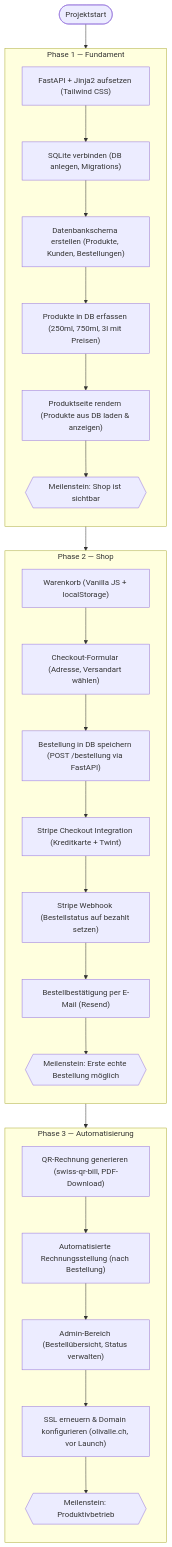
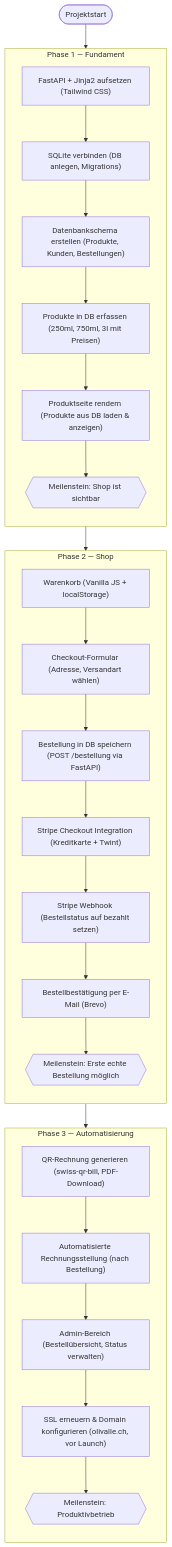
One commit to konstantinniedermann/olivalle-webshop changed the diagram in docs/roadmap.md. Above: the diagram before and after it, drawn with Mermaid. The commit also changed 10 other files, not shown here.

First line of the commit message:
docs: E-Mail-Provider-Entscheid Brevo statt Resend dokumentieren

````diff
--- a/docs/roadmap.md
+++ b/docs/roadmap.md
@@ -5,43 +5,43 @@
 ```mermaid
 graph TD
     START(["Projektstart"]) --> P1
 
     subgraph P1["Phase 1 — Fundament"]
         direction TB
         p1a["FastAPI + Jinja2 aufsetzen (Tailwind CSS)"]
         p1b["SQLite verbinden (DB anlegen, Migrations)"]
         p1c["Datenbankschema erstellen (Produkte, Kunden, Bestellungen)"]
         p1d["Produkte in DB erfassen (250ml, 750ml, 3l mit Preisen)"]
         p1e["Produktseite rendern (Produkte aus DB laden & anzeigen)"]
         M1{{"Meilenstein: Shop ist sichtbar"}}
 
         p1a --> p1b --> p1c --> p1d --> p1e --> M1
     end
 
     subgraph P2["Phase 2 — Shop"]
         direction TB
         p2a["Warenkorb (Vanilla JS + localStorage)"]
         p2b["Checkout-Formular (Adresse, Versandart wählen)"]
         p2c["Bestellung in DB speichern (POST /bestellung via FastAPI)"]
         p2d["Stripe Checkout Integration (Kreditkarte + Twint)"]
         p2e["Stripe Webhook (Bestellstatus auf bezahlt setzen)"]
-        p2f["Bestellbestätigung per E-Mail (Resend)"]
+        p2f["Bestellbestätigung per E-Mail (Brevo)"]
         M2{{"Meilenstein: Erste echte Bestellung möglich"}}
 
         p2a --> p2b --> p2c --> p2d --> p2e --> p2f --> M2
     end
 
     subgraph P3["Phase 3 — Automatisierung"]
         direction TB
         p3a["QR-Rechnung generieren (swiss-qr-bill, PDF-Download)"]
         p3b["Automatisierte Rechnungsstellung (nach Bestellung)"]
         p3c["Admin-Bereich (Bestellübersicht, Status verwalten)"]
         p3d["SSL erneuern & Domain konfigurieren (olivalle.ch, vor Launch)"]
         M3{{"Meilenstein: Produktivbetrieb"}}
 
         p3a --> p3b --> p3c --> p3d --> M3
     end
 
     M1 --> P2
     M2 --> P3
 ```
````
